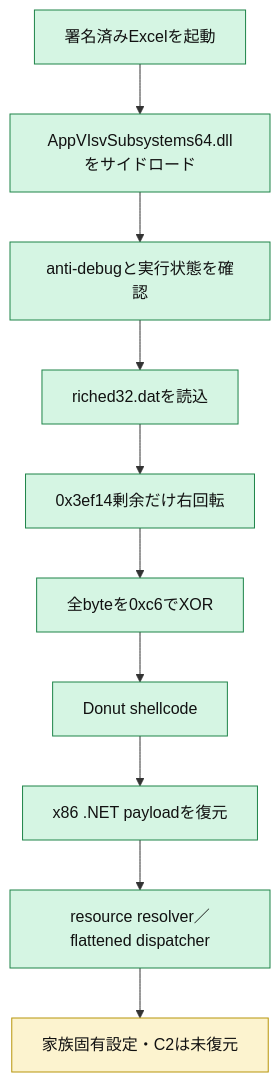
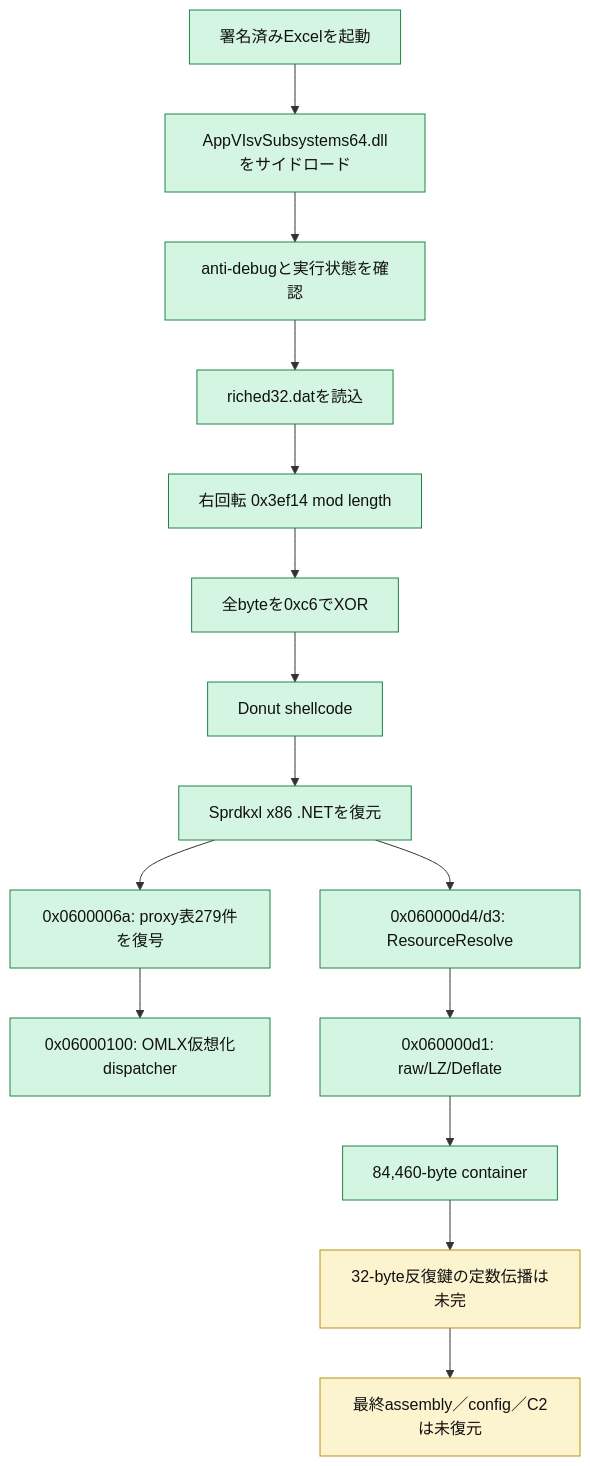
The first of 3 diagrams in analysis-results/malware/purehvnc/versions/unknown/cases/a4a0b87c94132e0433ae48e2151f31e8cdb02113cd0f3aa81a903adc854a64d9/OVERALL-LOGIC.md (proshiba/AI-security-analysis), drawn with Mermaid before and after one commit. The commit also changed other lines of this file and 1823 other files, not shown here.

````diff
--- a/analysis-results/malware/purehvnc/versions/unknown/cases/a4a0b87c94132e0433ae48e2151f31e8cdb02113cd0f3aa81a903adc854a64d9/OVERALL-LOGIC.md
+++ b/analysis-results/malware/purehvnc/versions/unknown/cases/a4a0b87c94132e0433ae48e2151f31e8cdb02113cd0f3aa81a903adc854a64d9/OVERALL-LOGIC.md
@@ -9,16 +7,21 @@
 ```mermaid
 flowchart TD
     A["署名済みExcelを起動"] --> B["AppVIsvSubsystems64.dllをサイドロード"]
     B --> C["anti-debugと実行状態を確認"]
     C --> D["riched32.datを読込"]
-    D --> E["0x3ef14剰余だけ右回転"]
+    D --> E["右回転 0x3ef14 mod length"]
     E --> F["全byteを0xc6でXOR"]
     F --> G["Donut shellcode"]
-    G --> H["x86 .NET payloadを復元"]
-    H --> I["resource resolver／flattened dispatcher"]
-    I --> J["家族固有設定・C2は未復元"]
+    G --> H["Sprdkxl x86 .NETを復元"]
+    H --> P["0x0600006a: proxy表279件を復号"]
+    P --> V["0x06000100: OMLX仮想化dispatcher"]
+    H --> R["0x060000d4/d3: ResourceResolve"]
+    R --> U["0x060000d1: raw/LZ/Deflate"]
+    U --> K["84,460-byte container"]
+    K --> Q["32-byte反復鍵の定数伝播は未完"]
+    Q --> Z["最終assembly／config／C2は未復元"]
     classDef confirmed fill:#d5f5e3,stroke:#1e8449,color:#111;
     classDef unresolved fill:#fcf3cf,stroke:#b7950b,color:#111;
-    class A,B,C,D,E,F,G,H,I confirmed;
-    class J unresolved;
+    class A,B,C,D,E,F,G,H,P,V,R,U,K confirmed;
+    class Q,Z unresolved;
 ```
````
